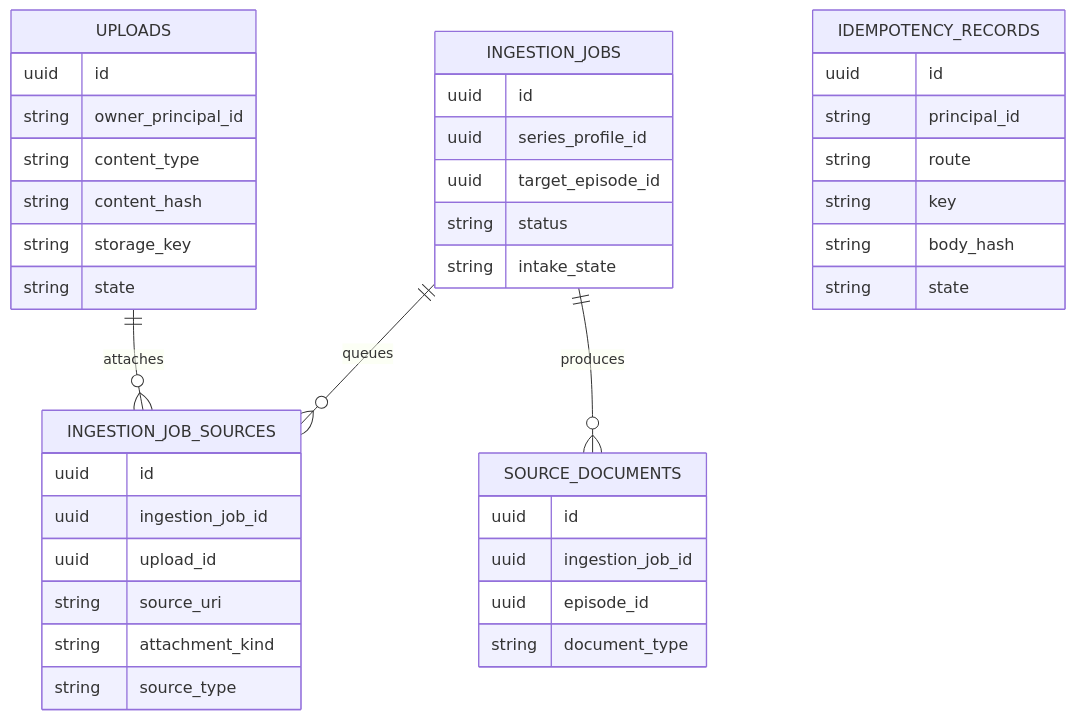
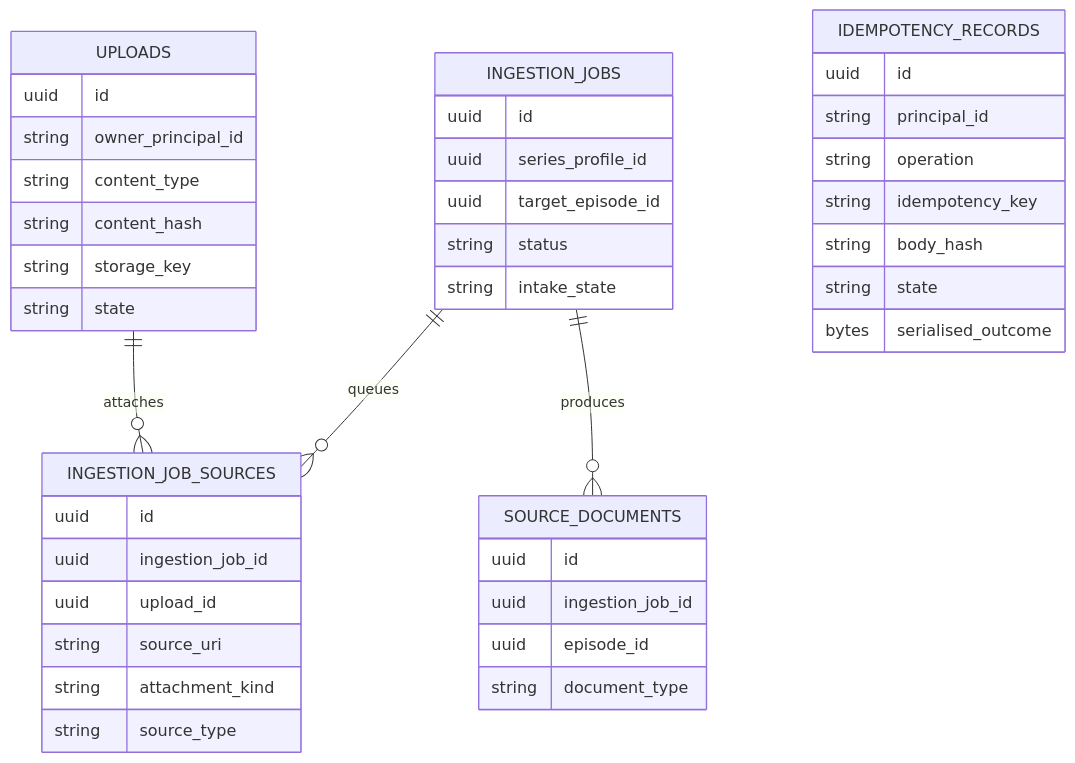
One commit to leynos/episodic changed diagram 12 of 18 in docs/episodic-podcast-generation-system-design.md. Above: the diagram before and after it, drawn with Mermaid. The commit also changed other lines of this file and 2 other files, not shown here.

Commit message:
Keep idempotency storage domain-only
Replace HTTP-layer idempotency storage terms with operation-keyed domain
records and opaque serialised outcomes. Update ADR 015, the system-design
schema, and the source-intake execplan so adapters own response codecs while
the domain port preserves the existing replay and conflict guarantees.

````diff
--- a/docs/episodic-podcast-generation-system-design.md
+++ b/docs/episodic-podcast-generation-system-design.md
@@ -1584,48 +1584,49 @@
 ```mermaid
 erDiagram
   UPLOADS {
     uuid id
     string owner_principal_id
     string content_type
     string content_hash
     string storage_key
     string state
   }
 
   INGESTION_JOBS {
     uuid id
     uuid series_profile_id
     uuid target_episode_id
     string status
     string intake_state
   }
 
   INGESTION_JOB_SOURCES {
     uuid id
     uuid ingestion_job_id
     uuid upload_id
     string source_uri
     string attachment_kind
     string source_type
   }
 
   SOURCE_DOCUMENTS {
     uuid id
     uuid ingestion_job_id
     uuid episode_id
     string document_type
   }
 
   IDEMPOTENCY_RECORDS {
     uuid id
     string principal_id
-    string route
-    string key
+    string operation
+    string idempotency_key
     string body_hash
     string state
+    bytes serialised_outcome
   }
 
   INGESTION_JOBS ||--o{ INGESTION_JOB_SOURCES : queues
   UPLOADS ||--o{ INGESTION_JOB_SOURCES : attaches
   INGESTION_JOBS ||--o{ SOURCE_DOCUMENTS : produces
 ```
````
